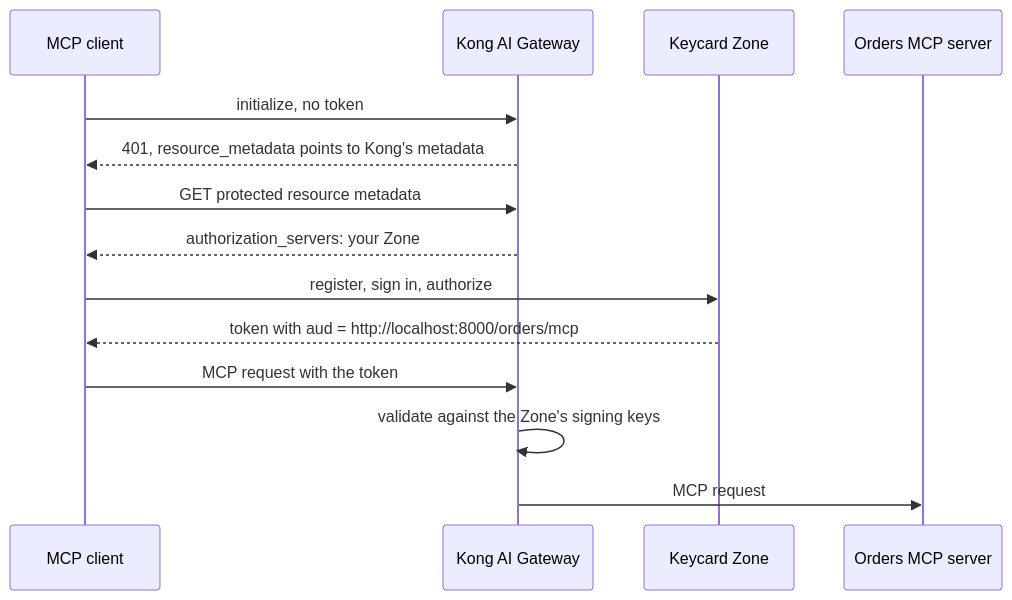
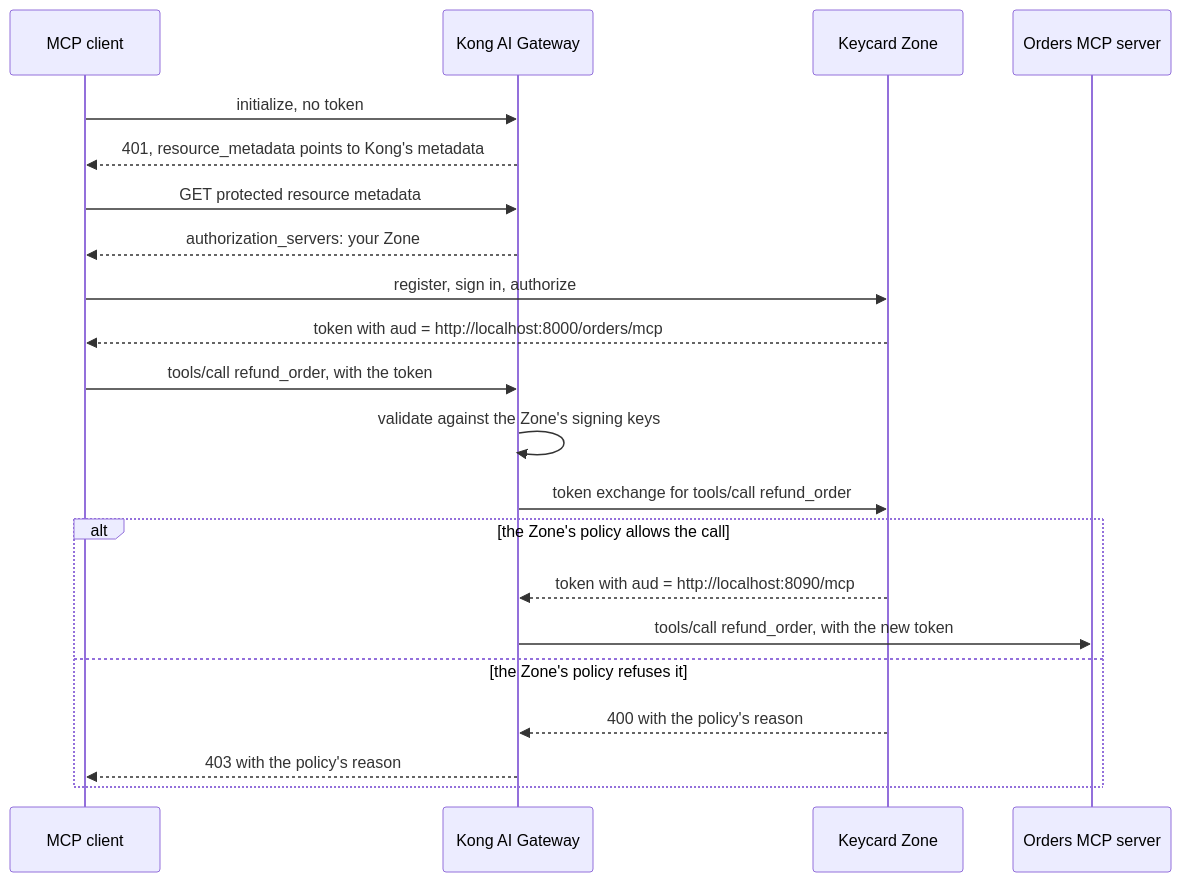
One commit to keycardai/tutorial-kong-mcp changed the diagram in README.md. Above: the diagram before and after it, drawn with Mermaid. The commit also changed other lines of this file and 6 other files, not shown here.

First line of the commit message:
Let the Zone's policy decide each MCP call through Kong

````diff
--- a/README.md
+++ b/README.md
@@ -9,16 +9,23 @@
 ```mermaid
 sequenceDiagram
     participant C as MCP client
     participant K as Kong AI Gateway
     participant Z as Keycard Zone
     participant S as Orders MCP server
     C->>K: initialize, no token
     K-->>C: 401, resource_metadata points to Kong's metadata
     C->>K: GET protected resource metadata
     K-->>C: authorization_servers: your Zone
     C->>Z: register, sign in, authorize
     Z-->>C: token with aud = http://localhost:8000/orders/mcp
-    C->>K: MCP request with the token
+    C->>K: tools/call refund_order, with the token
     K->>K: validate against the Zone's signing keys
-    K->>S: MCP request
+    K->>Z: token exchange for tools/call refund_order
+    alt the Zone's policy allows the call
+        Z-->>K: token with aud = http://localhost:8090/mcp
+        K->>S: tools/call refund_order, with the new token
+    else the Zone's policy refuses it
+        Z-->>K: 400 with the policy's reason
+        K-->>C: 403 with the policy's reason
+    end
 ```
````
